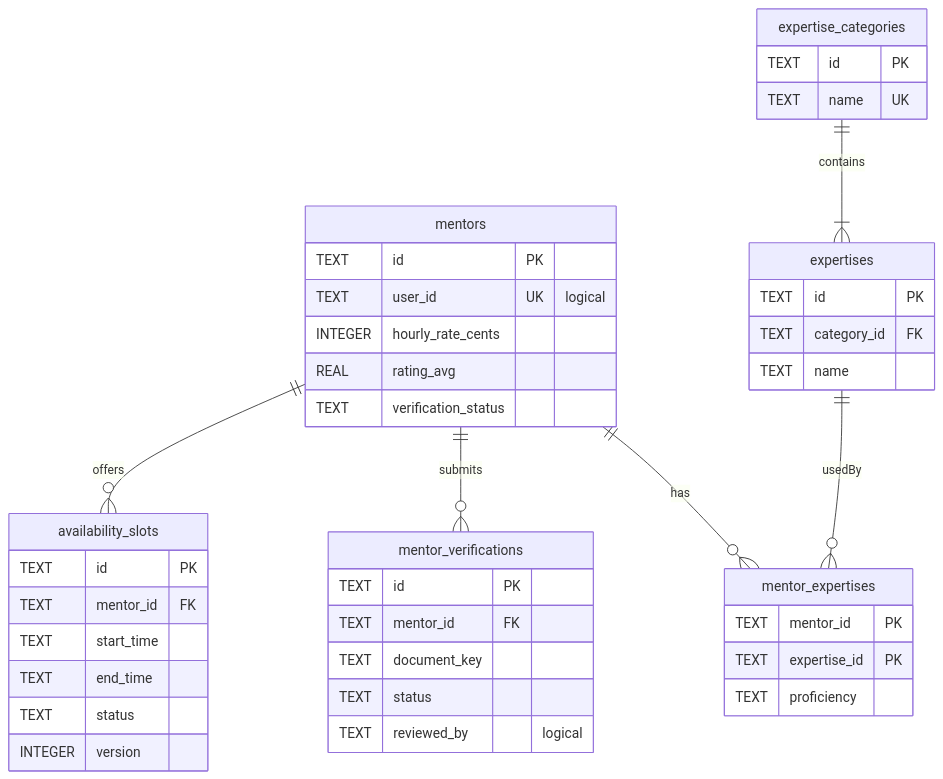
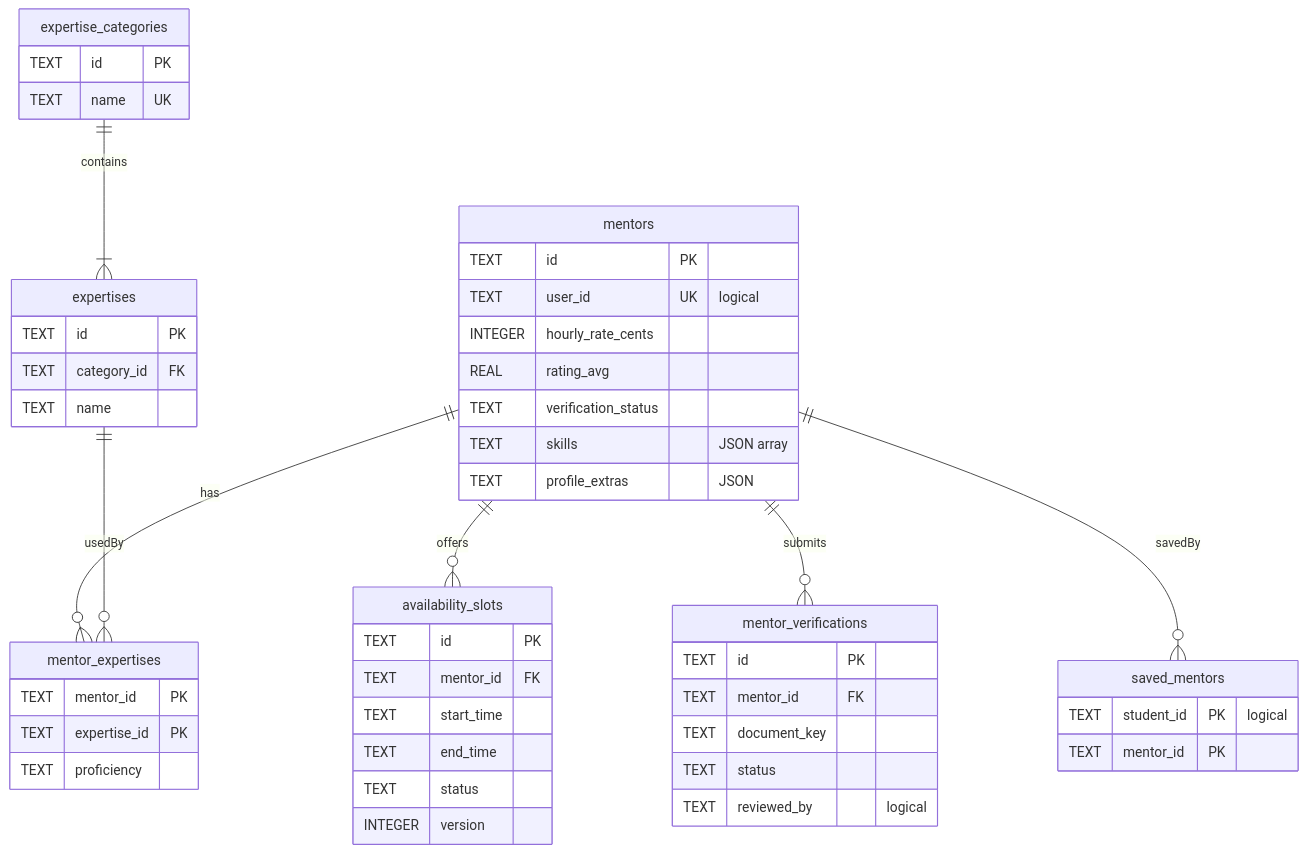
One commit to Mentor-Connect-EC5406/backend-new changed the second of 7 diagrams in docs/database/er-diagram.md. Above: the diagram before and after it, drawn with Mermaid. The commit also changed other lines of this file and 3 other files, not shown here.

Commit message:
docs: update database schemas for programs, saved mentors and goals

````diff
--- a/docs/database/er-diagram.md
+++ b/docs/database/er-diagram.md
@@ -27,44 +29,51 @@
 ```mermaid
 erDiagram
     mentors ||--o{ availability_slots : offers
     mentors ||--o{ mentor_verifications : submits
     mentors ||--o{ mentor_expertises : has
     expertises ||--o{ mentor_expertises : usedBy
     expertise_categories ||--|{ expertises : contains
+    mentors ||--o{ saved_mentors : savedBy
     mentors {
         TEXT id PK
         TEXT user_id UK "logical"
         INTEGER hourly_rate_cents
         REAL rating_avg
         TEXT verification_status
+        TEXT skills "JSON array"
+        TEXT profile_extras "JSON"
+    }
+    saved_mentors {
+        TEXT student_id PK "logical"
+        TEXT mentor_id PK
     }
     availability_slots {
         TEXT id PK
         TEXT mentor_id FK
         TEXT start_time
         TEXT end_time
         TEXT status
         INTEGER version
     }
     mentor_verifications {
         TEXT id PK
         TEXT mentor_id FK
         TEXT document_key
         TEXT status
         TEXT reviewed_by "logical"
     }
     expertise_categories {
         TEXT id PK
         TEXT name UK
     }
     expertises {
         TEXT id PK
         TEXT category_id FK
         TEXT name
     }
     mentor_expertises {
         TEXT mentor_id PK
         TEXT expertise_id PK
         TEXT proficiency
     }
 ```
````
